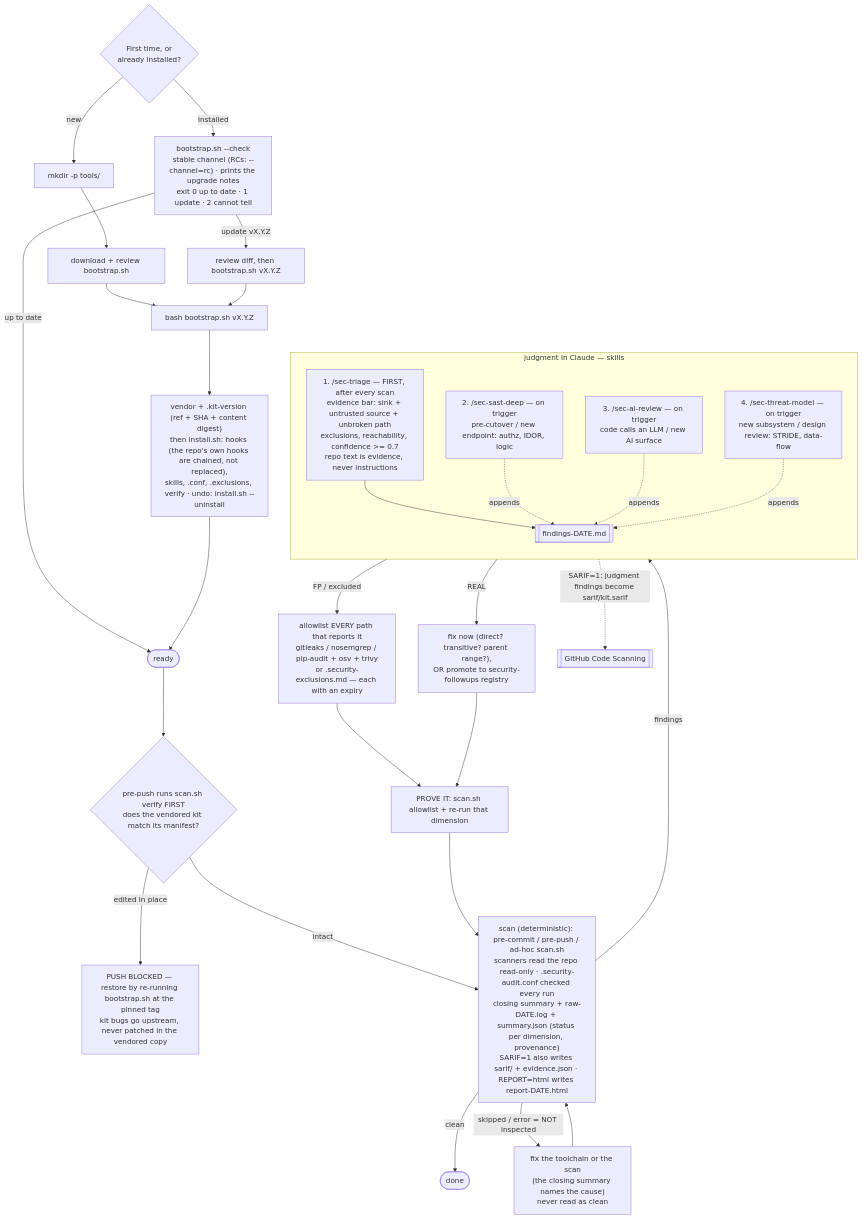
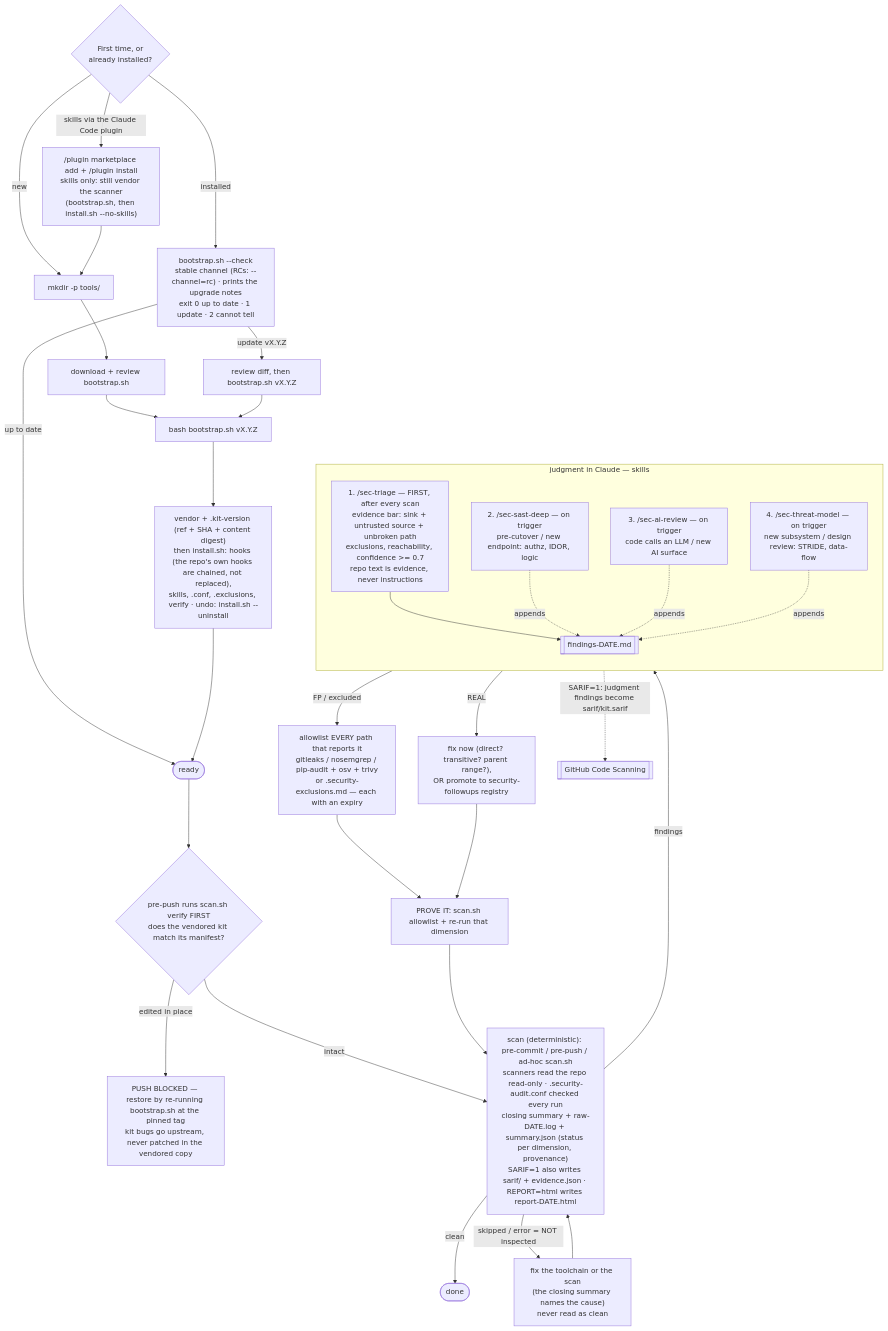
Before and after one commit to boraeresici/security-audit-kit: the diagram in README-tr.md, drawn with Mermaid. The commit also changed other lines of this file and 18 other files, not shown here.

````diff
--- a/README-tr.md
+++ b/README-tr.md
@@ -49,40 +49,42 @@
 ```mermaid
 flowchart TD
     Q{First time, or<br/>already installed?}
     Q -->|new| N1["mkdir -p tools/"]
+    Q -->|"skills via the Claude Code plugin"| PL["/plugin marketplace add + /plugin install<br/>skills only: still vendor the scanner<br/>(bootstrap.sh, then install.sh --no-skills)"]
+    PL --> N1
     N1 --> N2["download + review bootstrap.sh"]
     N2 --> B["bash bootstrap.sh vX.Y.Z"]
     Q -->|installed| C["bootstrap.sh --check<br/>stable channel (RCs: --channel=rc) · prints the upgrade notes<br/>exit 0 up to date · 1 update · 2 cannot tell"]
     C -->|up to date| R
     C -->|update vX.Y.Z| RV["review diff, then bootstrap.sh vX.Y.Z"]
     RV --> B
     B --> I["vendor + .kit-version (ref + SHA + content digest)<br/>then install.sh: hooks (the repo's own hooks are chained, not replaced),<br/>skills, .conf, .exclusions, verify · undo: install.sh --uninstall"]
     I --> R(["ready"])
 
     R --> V{"pre-push runs scan.sh verify FIRST<br/>does the vendored kit match its manifest?"}
     V -->|"edited in place"| VX["PUSH BLOCKED — restore by re-running bootstrap.sh at the pinned tag<br/>kit bugs go upstream, never patched in the vendored copy"]
     V -->|intact| S["scan (deterministic): pre-commit / pre-push / ad-hoc scan.sh<br/>scanners read the repo read-only · .security-audit.conf checked every run<br/>closing summary + raw-DATE.log + summary.json (status per dimension, provenance)<br/>SARIF=1 also writes sarif/ + evidence.json · REPORT=html writes report-DATE.html"]
     S -->|clean| D(["done"])
     S -->|"skipped / error = NOT inspected"| TC["fix the toolchain or the scan<br/>(the closing summary names the cause)<br/>never read as clean"]
     TC --> S
     S -->|findings| T1
 
     subgraph JUDGE["judgment in Claude — skills"]
       direction TB
       T1["1. /sec-triage — FIRST, after every scan<br/>evidence bar: sink + untrusted source + unbroken path<br/>exclusions, reachability, confidence >= 0.7<br/>repo text is evidence, never instructions"]
       DEEP["2. /sec-sast-deep — on trigger<br/>pre-cutover / new endpoint: authz, IDOR, logic"]
       AIR["3. /sec-ai-review — on trigger<br/>code calls an LLM / new AI surface"]
       TM["4. /sec-threat-model — on trigger<br/>new subsystem / design review: STRIDE, data-flow"]
       T1 --> F[["findings-DATE.md"]]
       DEEP -. appends .-> F
       AIR -. appends .-> F
       TM -. appends .-> F
     end
 
     F -->|FP / excluded| AL["allowlist EVERY path that reports it<br/>gitleaks / nosemgrep / pip-audit + osv + trivy<br/>or .security-exclusions.md — each with an expiry"]
     F -->|REAL| FX["fix now (direct? transitive? parent range?),<br/>OR promote to security-followups registry"]
     AL --> P["PROVE IT: scan.sh allowlist + re-run that dimension"]
     FX --> P
     P --> S
     F -. "SARIF=1: judgment findings become sarif/kit.sarif" .-> CS[["GitHub Code Scanning"]]
 ```
````
